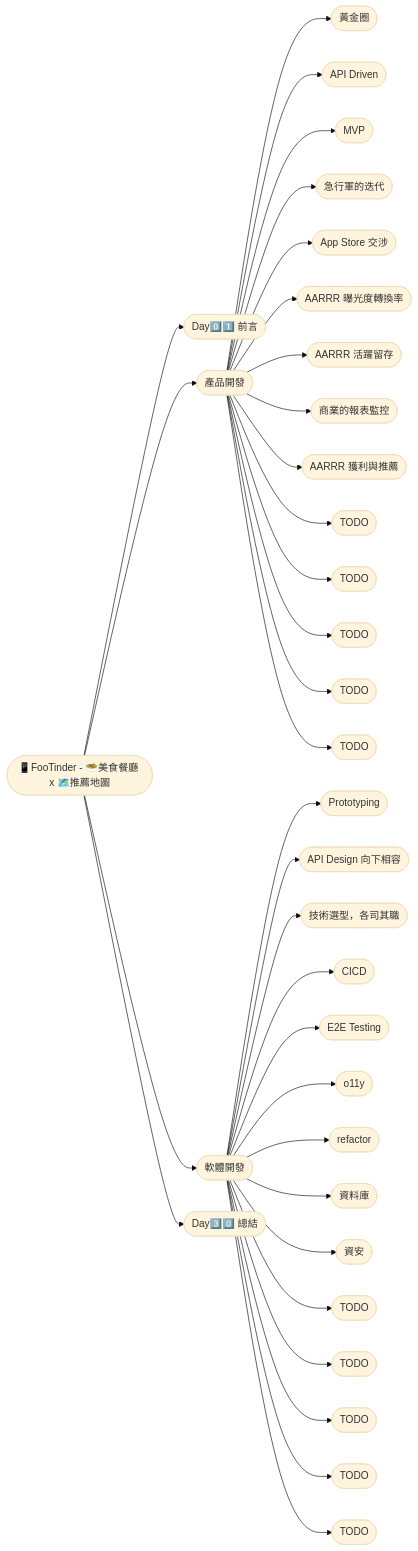
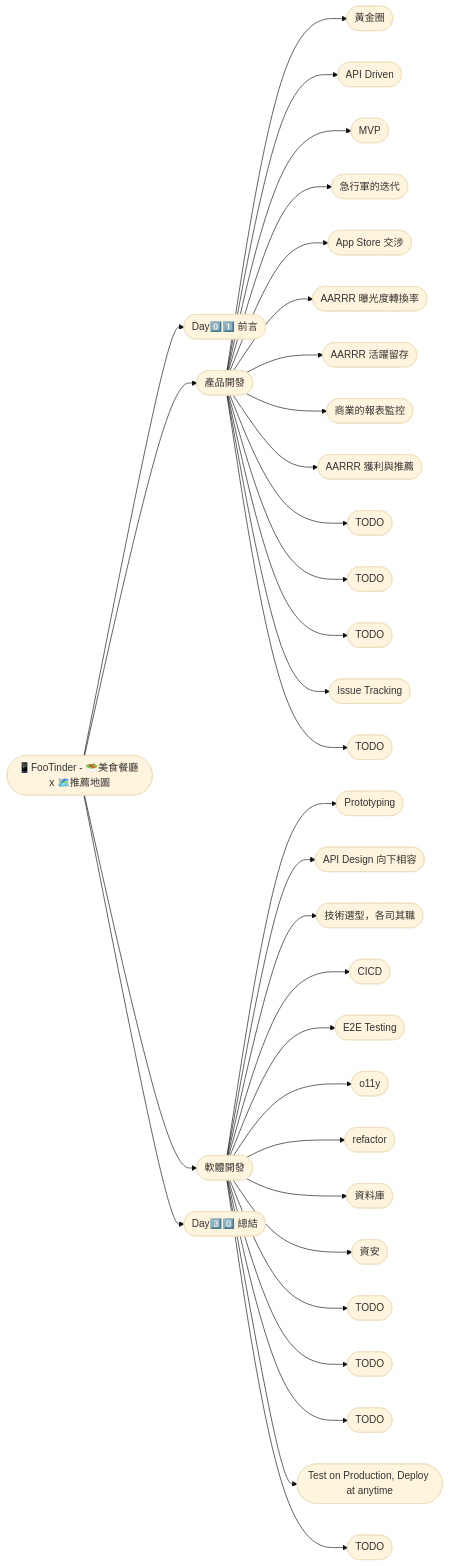
One commit to PureFuncInc/FooTinder-iThome-2023 changed the diagram in README.md. Above: the diagram before and after it, drawn with Mermaid (base theme).

Commit message:
0️⃣ Update README.md

````diff
--- a/README.md
+++ b/README.md
@@ -4,35 +4,35 @@
 ```mermaid
 graph LR;
 id0(["📱FooTinder - 🥗美食餐廳 x 🗺️推薦地圖"])-->id1(["Day0️⃣1️⃣ 前言"]);
 id0(["📱FooTinder - 🥗美食餐廳 x 🗺️推薦地圖"])-->id200(["產品開發"]);
 id200(["產品開發"])-->id2(["黃金圈"])
 id200(["產品開發"])-->id4(["API Driven"])
 id200(["產品開發"])-->id6(["MVP"])
 id200(["產品開發"])-->id8(["急行軍的迭代"])
 id200(["產品開發"])-->id10(["App Store 交涉"])
 id200(["產品開發"])-->id12(["AARRR 曝光度轉換率"])
 id200(["產品開發"])-->id14(["AARRR 活躍留存"])
 id200(["產品開發"])-->id16(["商業的報表監控"])
 id200(["產品開發"])-->id18(["AARRR 獲利與推薦"])
 id200(["產品開發"])-->id20(["TODO"])
 id200(["產品開發"])-->id22(["TODO"])
 id200(["產品開發"])-->id24(["TODO"])
-id200(["產品開發"])-->id26(["TODO"])
+id200(["產品開發"])-->id26(["Issue Tracking"])
 id200(["產品開發"])-->id28(["TODO"])
 id0(["📱FooTinder - 🥗美食餐廳 x 🗺️推薦地圖"])-->id300(["軟體開發"]);
 id300(["軟體開發"])-->id3(["Prototyping"])
 id300(["軟體開發"])-->id5(["API Design 向下相容"])
 id300(["軟體開發"])-->id7(["技術選型，各司其職"])
 id300(["軟體開發"])-->id9(["CICD"])
 id300(["軟體開發"])-->id11(["E2E Testing"])
 id300(["軟體開發"])-->id13(["o11y"])
 id300(["軟體開發"])-->id15(["refactor"])
 id300(["軟體開發"])-->id17(["資料庫"])
 id300(["軟體開發"])-->id19(["資安"])
 id300(["軟體開發"])-->id21(["TODO"])
 id300(["軟體開發"])-->id23(["TODO"])
 id300(["軟體開發"])-->id25(["TODO"])
-id300(["軟體開發"])-->id27(["TODO"])
+id300(["軟體開發"])-->id27(["Test on Production, Deploy at anytime"])
 id300(["軟體開發"])-->id29(["TODO"])
 id0(["📱FooTinder - 🥗美食餐廳 x 🗺️推薦地圖"])-->id30(["Day3️⃣0️⃣ 總結"]);
 ```
````
